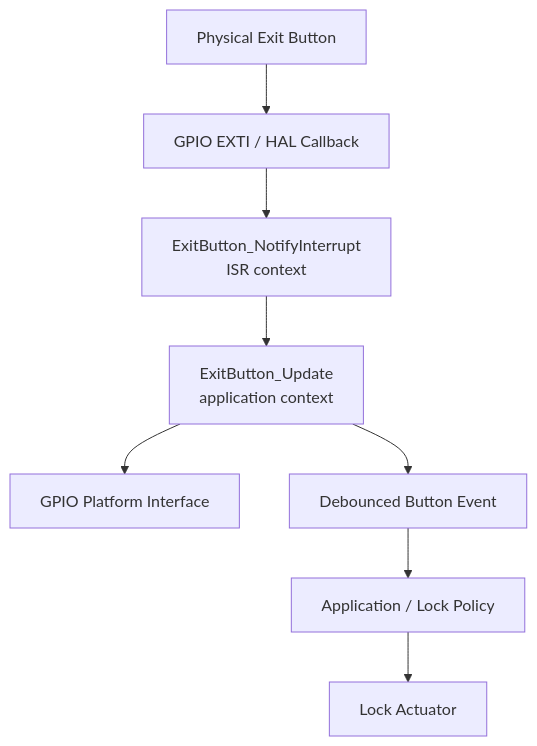
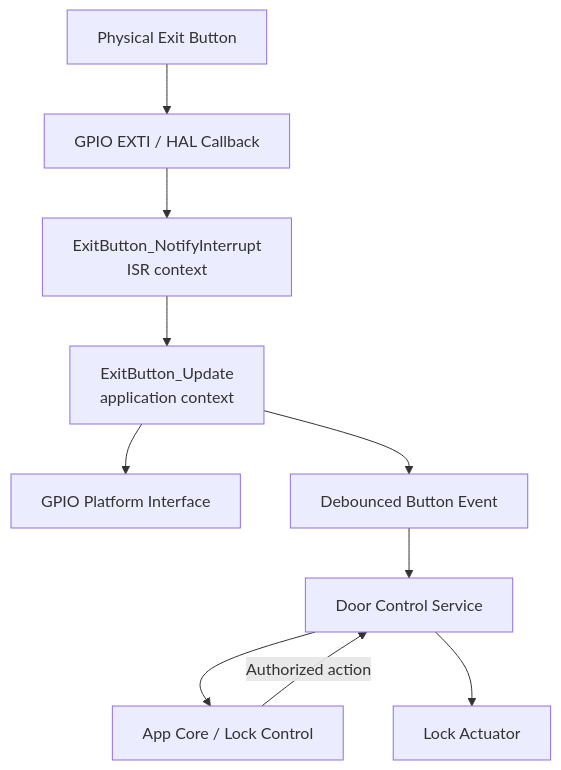
One commit to JP-REY/STM32F103C8T6-Based-Electronic-Lock changed the first of 3 diagrams in Libs/Components/ExitButton/README.md. Above: the diagram before and after it, drawn with Mermaid. The commit also changed other lines of this file and 22 other files, not shown here.

First line of the commit message:
docs: update project architecture and module documentation

````diff
--- a/Libs/Components/ExitButton/README.md
+++ b/Libs/Components/ExitButton/README.md
@@ -84,20 +84,23 @@
 ```mermaid
 flowchart TD
 
     BUTTON["Physical Exit Button"]
     EXTI["GPIO EXTI / HAL Callback"]
     NOTIFY["ExitButton_NotifyInterrupt<br/>ISR context"]
     UPDATE["ExitButton_Update<br/>application context"]
     GPIO["GPIO Platform Interface"]
     EVENT["Debounced Button Event"]
-    APP["Application / Lock Policy"]
+    DCS["Door Control Service"]
+    APP["App Core / Lock Control"]
     ACTUATOR["Lock Actuator"]
 
     BUTTON --> EXTI
     EXTI --> NOTIFY
     NOTIFY --> UPDATE
     UPDATE --> GPIO
     UPDATE --> EVENT
-    EVENT --> APP
-    APP --> ACTUATOR
+    EVENT --> DCS
+    DCS --> APP
+    APP -->|"Authorized action"| DCS
+    DCS --> ACTUATOR
 ```
````
